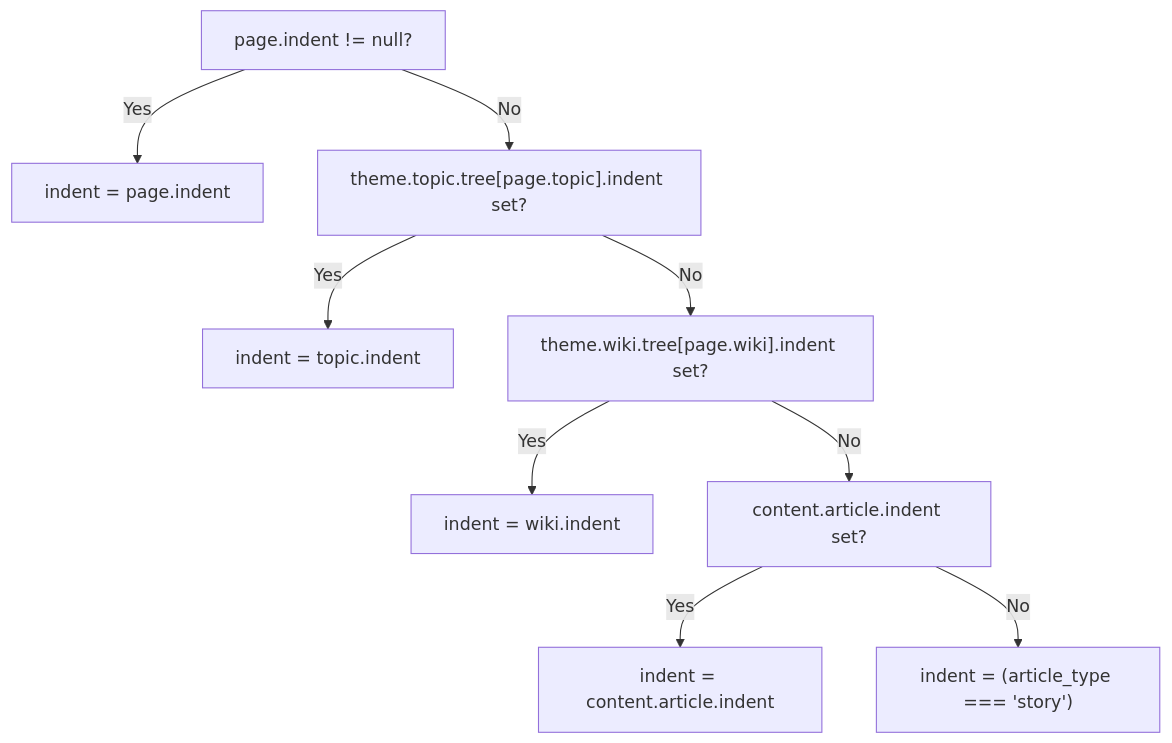
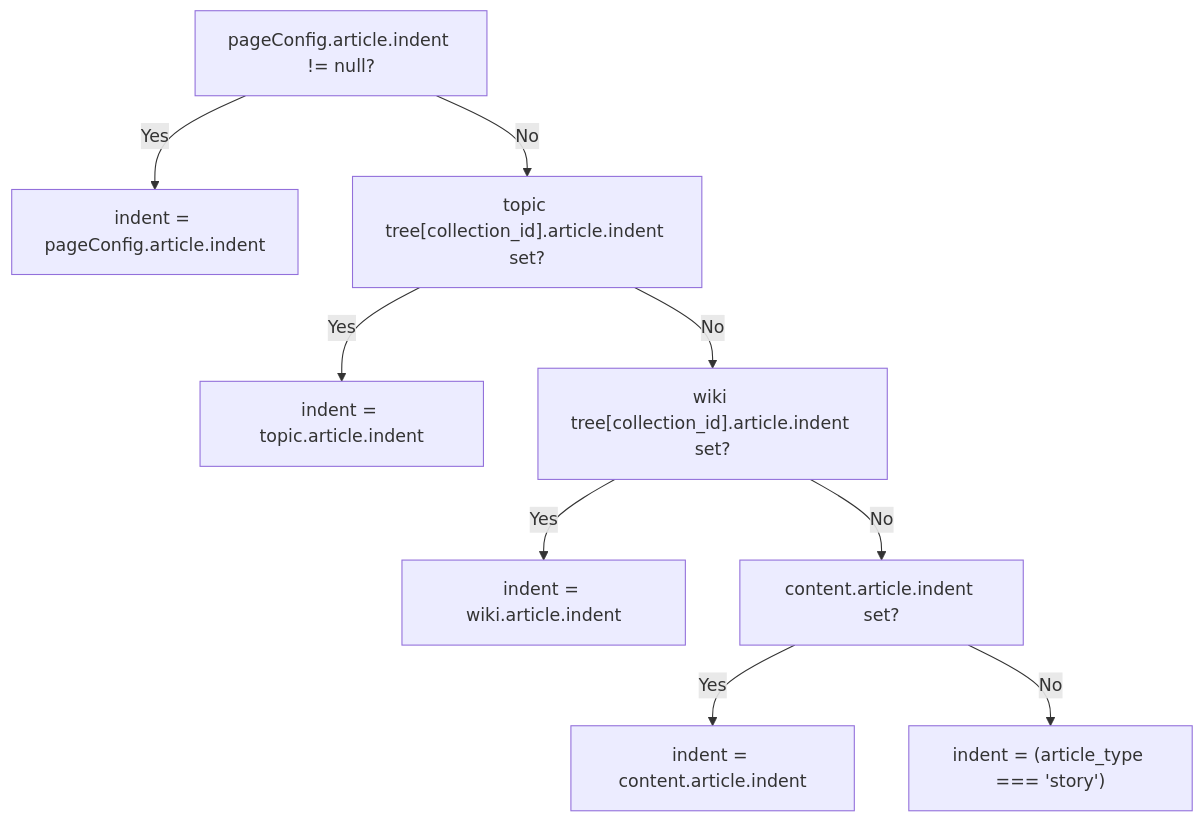
Before and after one commit to xaoxuu/hexo-theme-stellar: the fourth of 5 diagrams in docs/knowledge/02-布局系统/page-templates-routing.md, drawn with Mermaid. The commit also changed other lines of this file and 101 other files, not shown here.

````diff
--- a/docs/knowledge/02-布局系统/page-templates-routing.md
+++ b/docs/knowledge/02-布局系统/page-templates-routing.md
@@ -146,11 +146,11 @@
 ```mermaid
 flowchart TD
-    A["page.indent != null?"] -->|Yes| B["indent = page.indent"]
-    A -->|No| C["theme.topic.tree[page.topic].indent set?"]
-    C -->|Yes| D["indent = topic.indent"]
-    C -->|No| E["theme.wiki.tree[page.wiki].indent set?"]
-    E -->|Yes| F["indent = wiki.indent"]
+    A["pageConfig.article.indent != null?"] -->|Yes| B["indent = pageConfig.article.indent"]
+    A -->|No| C["topic tree[collection_id].article.indent set?"]
+    C -->|Yes| D["indent = topic.article.indent"]
+    C -->|No| E["wiki tree[collection_id].article.indent set?"]
+    E -->|Yes| F["indent = wiki.article.indent"]
     E -->|No| G["content.article.indent set?"]
     G -->|Yes| H["indent = content.article.indent"]
     G -->|No| I["indent = (article_type === 'story')"]
 ```
````
